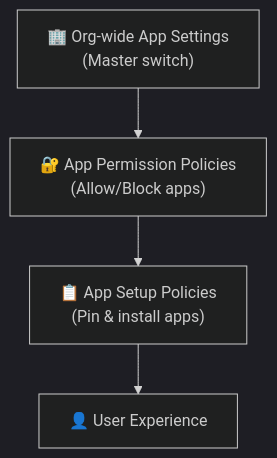
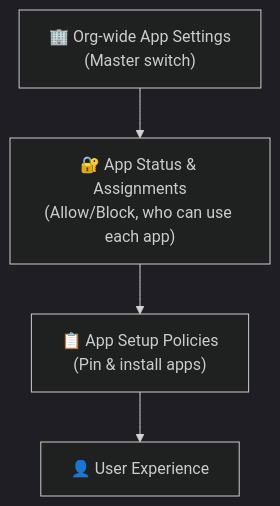
The third of 3 diagrams in 02-teams-channels-chats-apps.md (marcogrimaldi29/ms-700-study-notes), drawn with Mermaid (dark theme) before and after one commit. The commit also changed other lines of this file and 6 other files, not shown here.

````diff
--- a/02-teams-channels-chats-apps.md
+++ b/02-teams-channels-chats-apps.md
@@ -201,9 +240,9 @@
 ```mermaid
 flowchart TD
     ORG["🏢 Org-wide App Settings\n(Master switch)"]
-    PERM["🔐 App Permission Policies\n(Allow/Block apps)"]
+    ASSIGN["🔐 App Status & Assignments\n(Allow/Block, who can use each app)"]
     SETUP["📋 App Setup Policies\n(Pin & install apps)"]
     USER["👤 User Experience"]
 
-    ORG --> PERM --> SETUP --> USER
+    ORG --> ASSIGN --> SETUP --> USER
 ```
````
